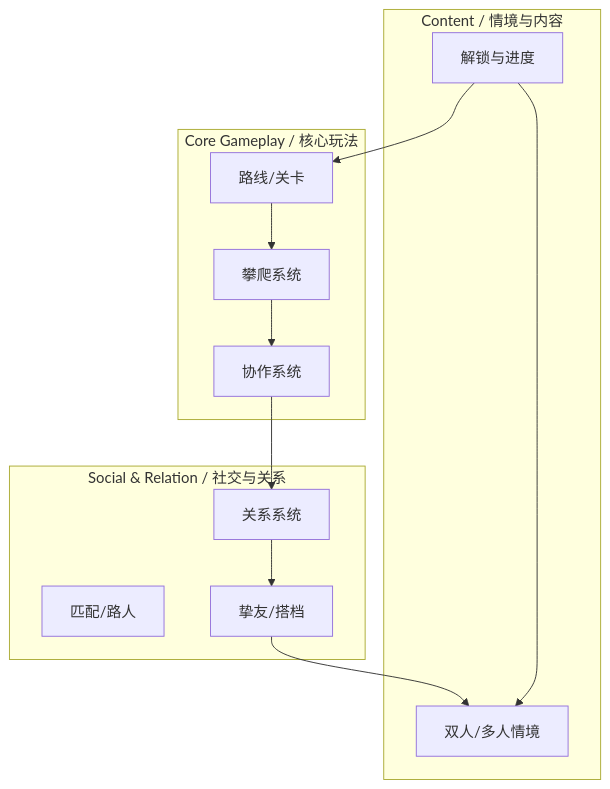
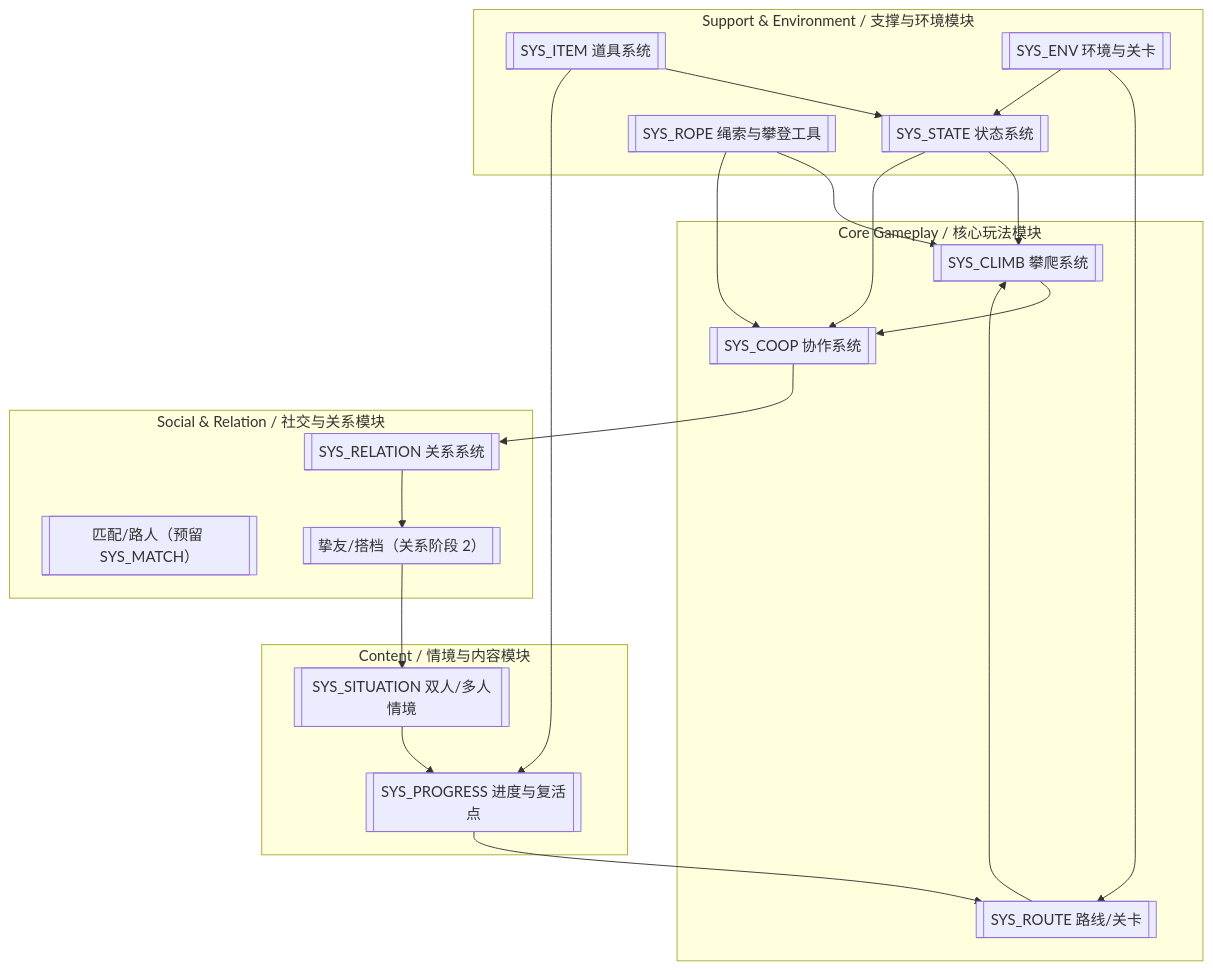
One commit to zanezhuzhi/DreamMountain changed the first of 2 diagrams in docs/00_项目核心/05_SystemArch_系统架构.md. Above: the diagram before and after it, drawn with Mermaid. The commit also changed other lines of this file and 13 other files, not shown here.

````diff
--- a/docs/00_项目核心/05_SystemArch_系统架构.md
+++ b/docs/00_项目核心/05_SystemArch_系统架构.md
@@ -23,27 +23,45 @@
 ```mermaid
 graph TD
-    subgraph Core [Core Gameplay / 核心玩法]
-        Climb[攀爬系统]
-        Cooperate[协作系统]
-        Route[路线/关卡]
+    subgraph Core [Core Gameplay / 核心玩法模块]
+        Climb[[SYS_CLIMB 攀爬系统]]
+        Cooperate[[SYS_COOP 协作系统]]
+        Route[[SYS_ROUTE 路线/关卡]]
     end
 
-    subgraph Social [Social & Relation / 社交与关系]
-        Match[匹配/路人]
-        Relation[关系系统]
-        Buddy[挚友/搭档]
+    subgraph Social [Social & Relation / 社交与关系模块]
+        Match[[匹配/路人（预留 SYS_MATCH）]]
+        Relation[[SYS_RELATION 关系系统]]
+        Buddy[[挚友/搭档（关系阶段 2）]]
     end
 
-    subgraph Content [Content / 情境与内容]
-        Situation[双人/多人情境]
-        Unlock[解锁与进度]
+    subgraph Content [Content / 情境与内容模块]
+        Situation[[SYS_SITUATION 双人/多人情境]]
+        Progress[[SYS_PROGRESS 进度与复活点]]
     end
 
+    subgraph Support [Support & Environment / 支撑与环境模块]
+        State[[SYS_STATE 状态系统]]
+        Item[[SYS_ITEM 道具系统]]
+        Rope[[SYS_ROPE 绳索与攀登工具]]
+        Env[[SYS_ENV 环境与关卡]]
+    end
+
+    %% 核心循环主干
+    Route --> Climb
     Climb --> Cooperate
-    Route --> Climb
     Cooperate --> Relation
     Relation --> Buddy
     Buddy --> Situation
-    Unlock --> Route
-    Unlock --> Situation
+    Situation --> Progress
+    Progress --> Route
+
+    %% 支撑系统依赖
+    Env --> Route
+    Env --> State
+    State --> Climb
+    State --> Cooperate
+    Item --> State
+    Item --> Progress
+    Rope --> Climb
+    Rope --> Cooperate
 ```
````
